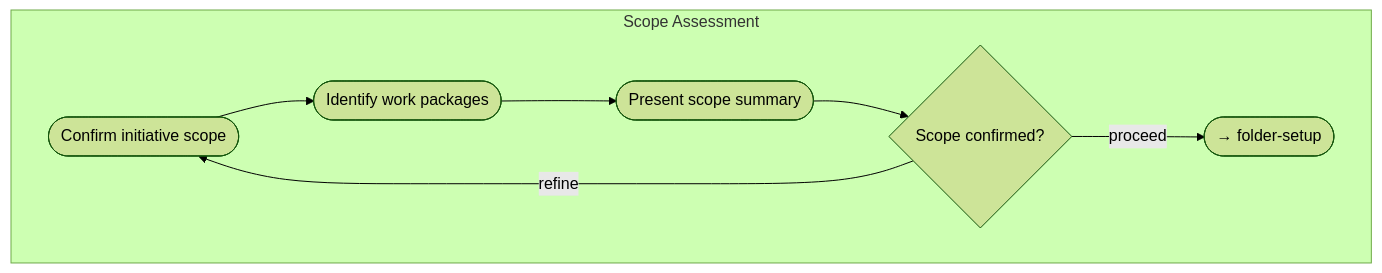
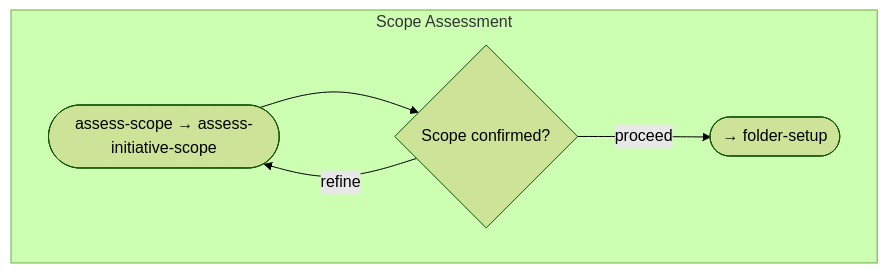
The second of 8 diagrams in work-packages/README.md (m2ux/workflow-server), drawn with Mermaid (forest theme) before and after one commit. The commit also changed other lines of this file and 15 other files, not shown here.

````diff
--- a/work-packages/README.md
+++ b/work-packages/README.md
@@ -55,13 +55,11 @@
 ```mermaid
 graph TD
     subgraph scope-assessment[Scope Assessment]
-        s1([Confirm initiative scope])
-        s2([Identify work packages])
-        s3([Present scope summary])
+        s1([assess-scope → assess-initiative-scope])
         cp1{Scope confirmed?}
         
-        s1 --> s2 --> s3 --> cp1
+        s1 --> cp1
         cp1 -->|proceed| Next([→ folder-setup])
         cp1 -->|refine| s1
     end
 ```
````
